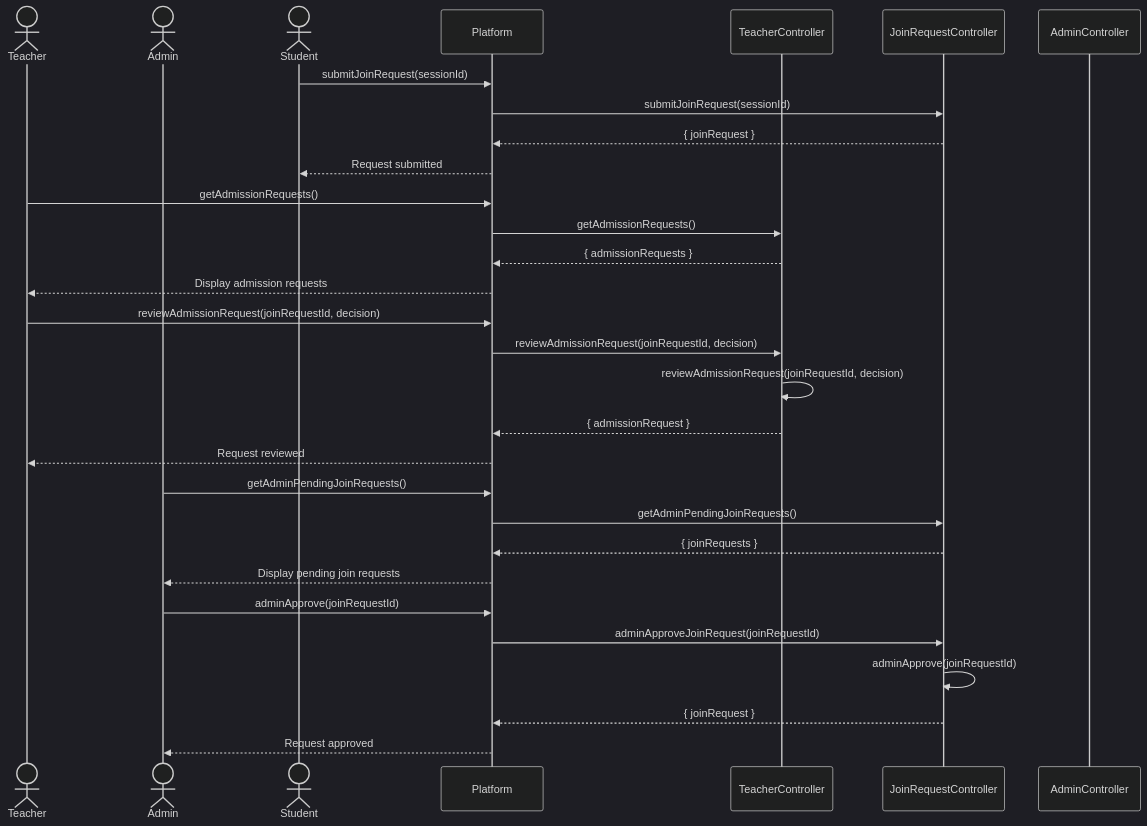
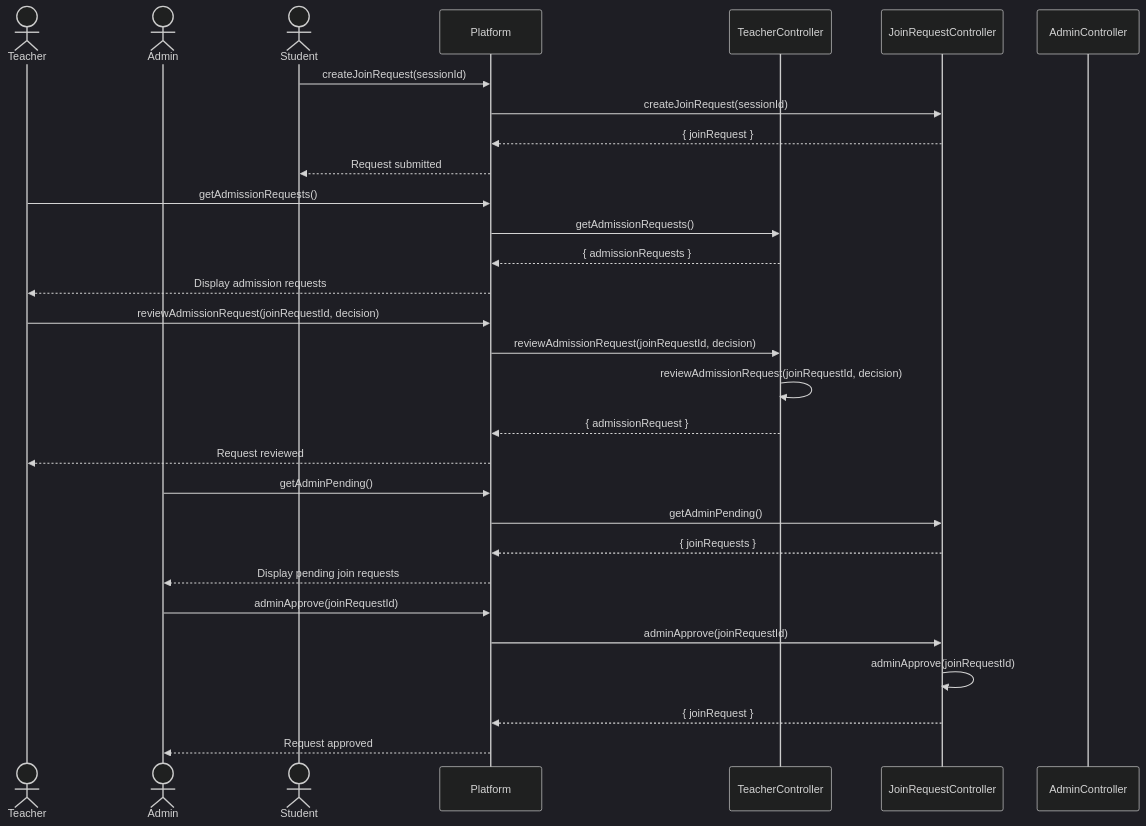
Diagram 13 of 20 in diagrams/Sequence Diagram/sequencediagram.md (NovaLogic-Systems/gestArtes-docs), drawn with Mermaid (dark theme) before and after one commit. The commit also changed other lines of this file and 21 other files, not shown here.

First line of the commit message:
feat(diagrams): update class diagram and sequence diagram with new methods and entities

````diff
--- a/diagrams/Sequence Diagram/sequencediagram.md
+++ b/diagrams/Sequence Diagram/sequencediagram.md
@@ -495,37 +495,37 @@
 ```mermaid
 sequenceDiagram
     actor Teacher
     actor Admin
     actor Student
     participant Platform as Platform
     participant TeacherController as TeacherController
     participant JoinRequestController as JoinRequestController
     participant AdminController as AdminController
 
-    Student->>Platform: submitJoinRequest(sessionId)
-    Platform->>JoinRequestController: submitJoinRequest(sessionId)
+    Student->>Platform: createJoinRequest(sessionId)
+    Platform->>JoinRequestController: createJoinRequest(sessionId)
     JoinRequestController-->>Platform: { joinRequest }
     Platform-->>Student: Request submitted
 
     Teacher->>Platform: getAdmissionRequests()
     Platform->>TeacherController: getAdmissionRequests()
     TeacherController-->>Platform: { admissionRequests }
     Platform-->>Teacher: Display admission requests
 
     Teacher->>Platform: reviewAdmissionRequest(joinRequestId, decision)
     Platform->>TeacherController: reviewAdmissionRequest(joinRequestId, decision)
     TeacherController->>TeacherController: reviewAdmissionRequest(joinRequestId, decision)
     TeacherController-->>Platform: { admissionRequest }
     Platform-->>Teacher: Request reviewed
 
-    Admin->>Platform: getAdminPendingJoinRequests()
-    Platform->>JoinRequestController: getAdminPendingJoinRequests()
+    Admin->>Platform: getAdminPending()
+    Platform->>JoinRequestController: getAdminPending()
     JoinRequestController-->>Platform: { joinRequests }
     Platform-->>Admin: Display pending join requests
 
     Admin->>Platform: adminApprove(joinRequestId)
-    Platform->>JoinRequestController: adminApproveJoinRequest(joinRequestId)
+    Platform->>JoinRequestController: adminApprove(joinRequestId)
     JoinRequestController->>JoinRequestController: adminApprove(joinRequestId)
     JoinRequestController-->>Platform: { joinRequest }
     Platform-->>Admin: Request approved
 ```
````
